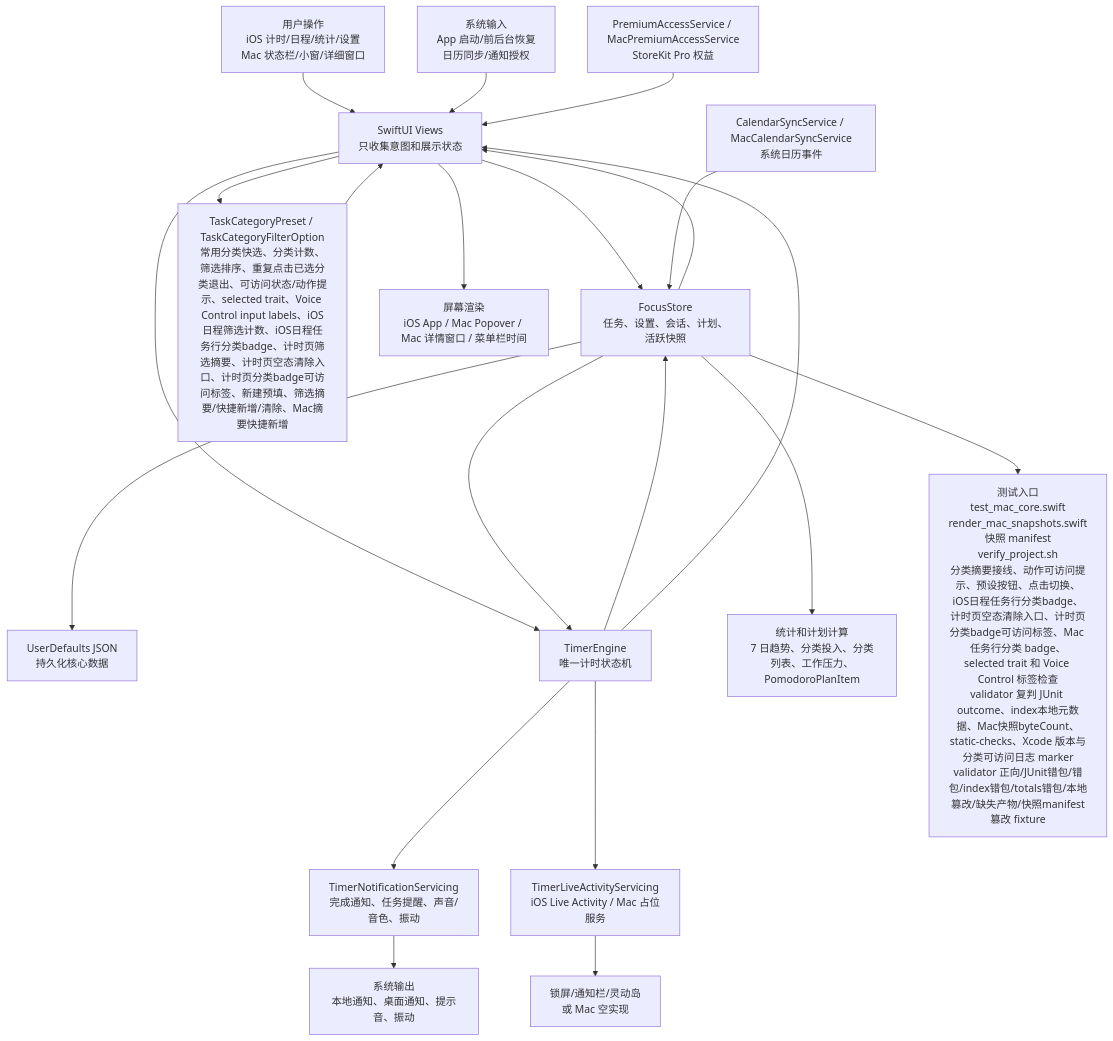
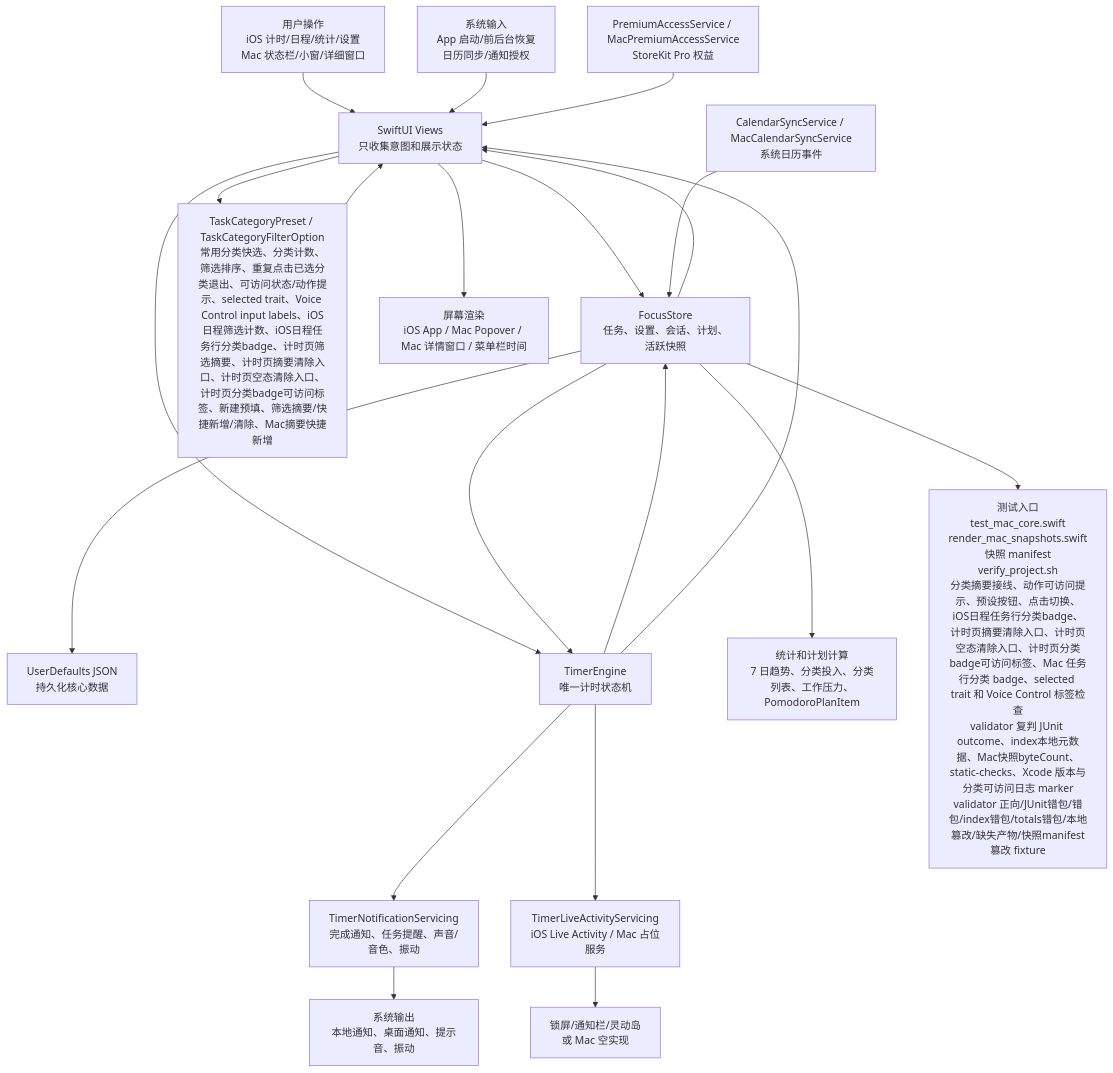
Before and after one commit to Altman-sam114/114: the first of 6 diagrams in md/flow/flowchart.md, drawn with Mermaid. The commit also changed other lines of this file and 7 other files, not shown here.

````diff
--- a/md/flow/flowchart.md
+++ b/md/flow/flowchart.md
@@ -9,23 +9,23 @@
 ```mermaid
 flowchart TD
   U["用户操作<br/>iOS 计时/日程/统计/设置<br/>Mac 状态栏/小窗/详细窗口"] --> V["SwiftUI Views<br/>只收集意图和展示状态"]
   SYS["系统输入<br/>App 启动/前后台恢复<br/>日历同步/通知授权"] --> V
   V --> S["FocusStore<br/>任务、设置、会话、计划、活跃快照"]
-  V --> CAT["TaskCategoryPreset / TaskCategoryFilterOption<br/>常用分类快选、分类计数、筛选排序、重复点击已选分类退出、可访问状态/动作提示、selected trait、Voice Control input labels、iOS日程筛选计数、iOS日程任务行分类badge、计时页筛选摘要、计时页空态清除入口、计时页分类badge可访问标签、新建预填、筛选摘要/快捷新增/清除、Mac摘要快捷新增"]
+  V --> CAT["TaskCategoryPreset / TaskCategoryFilterOption<br/>常用分类快选、分类计数、筛选排序、重复点击已选分类退出、可访问状态/动作提示、selected trait、Voice Control input labels、iOS日程筛选计数、iOS日程任务行分类badge、计时页筛选摘要、计时页摘要清除入口、计时页空态清除入口、计时页分类badge可访问标签、新建预填、筛选摘要/快捷新增/清除、Mac摘要快捷新增"]
   CAT --> V
   S --> P["UserDefaults JSON<br/>持久化核心数据"]
   V --> E["TimerEngine<br/>唯一计时状态机"]
   S --> E
   E --> S
   E --> N["TimerNotificationServicing<br/>完成通知、任务提醒、声音/音色、振动"]
   E --> L["TimerLiveActivityServicing<br/>iOS Live Activity / Mac 占位服务"]
   S --> C["统计和计划计算<br/>7 日趋势、分类投入、分类列表、工作压力、PomodoroPlanItem"]
   CAL["CalendarSyncService / MacCalendarSyncService<br/>系统日历事件"] --> S
   PRO["PremiumAccessService / MacPremiumAccessService<br/>StoreKit Pro 权益"] --> V
   S --> V
   E --> V
   V --> OUT["屏幕渲染<br/>iOS App / Mac Popover / Mac 详情窗口 / 菜单栏时间"]
   N --> OUT2["系统输出<br/>本地通知、桌面通知、提示音、振动"]
   L --> OUT3["锁屏/通知栏/灵动岛<br/>或 Mac 空实现"]
-  S --> T["测试入口<br/>test_mac_core.swift<br/>render_mac_snapshots.swift<br/>快照 manifest<br/>verify_project.sh<br/>分类摘要接线、动作可访问提示、预设按钮、点击切换、iOS日程任务行分类badge、计时页空态清除入口、计时页分类badge可访问标签、Mac 任务行分类 badge、selected trait 和 Voice Control 标签检查<br/>validator 复判 JUnit outcome、index本地元数据、Mac快照byteCount、static-checks、Xcode 版本与分类可访问日志 marker<br/>validator 正向/JUnit错包/错包/index错包/totals错包/本地篡改/缺失产物/快照manifest篡改 fixture"]
+  S --> T["测试入口<br/>test_mac_core.swift<br/>render_mac_snapshots.swift<br/>快照 manifest<br/>verify_project.sh<br/>分类摘要接线、动作可访问提示、预设按钮、点击切换、iOS日程任务行分类badge、计时页摘要清除入口、计时页空态清除入口、计时页分类badge可访问标签、Mac 任务行分类 badge、selected trait 和 Voice Control 标签检查<br/>validator 复判 JUnit outcome、index本地元数据、Mac快照byteCount、static-checks、Xcode 版本与分类可访问日志 marker<br/>validator 正向/JUnit错包/错包/index错包/totals错包/本地篡改/缺失产物/快照manifest篡改 fixture"]
 ```
````
